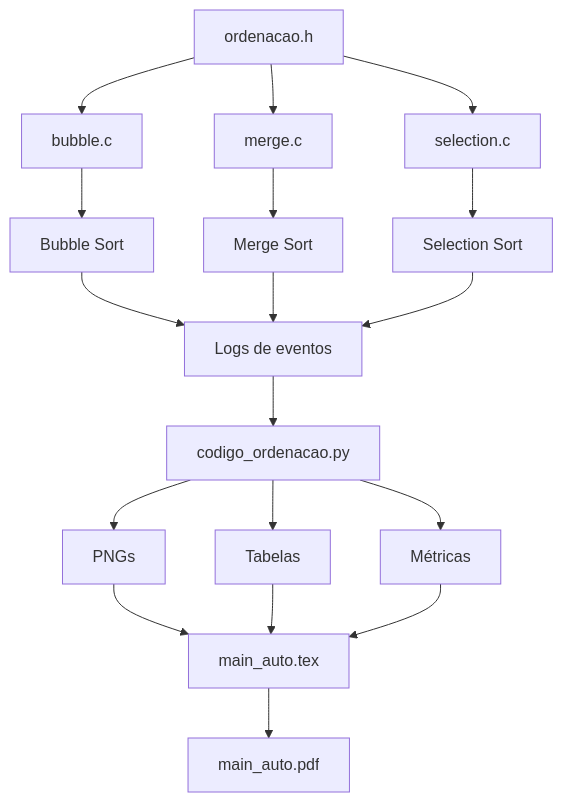
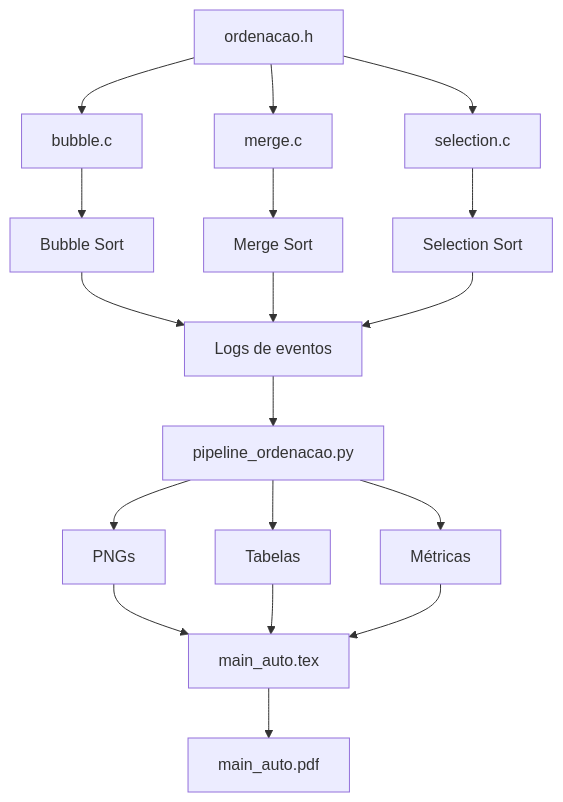
The fourth of 5 diagrams in seminario_metodos_ordenacao/README.md (LuisVCSilva/NF2_EDBD), drawn with Mermaid before and after one commit. The commit also changed other lines of this file and 3 other files, not shown here.

````diff
--- a/seminario_metodos_ordenacao/README.md
+++ b/seminario_metodos_ordenacao/README.md
@@ -953,28 +953,28 @@
 ```mermaid
 flowchart TD
     H["ordenacao.h"]
 
     H --> B["bubble.c"]
     H --> M["merge.c"]
     H --> S["selection.c"]
 
     B --> BS["Bubble Sort"]
     M --> MS["Merge Sort"]
     S --> SS["Selection Sort"]
 
     BS --> LOG["Logs de eventos"]
     MS --> LOG
     SS --> LOG
 
-    LOG --> PY["codigo_ordenacao.py"]
+    LOG --> PY["pipeline_ordenacao.py"]
 
     PY --> PNG["PNGs"]
     PY --> TAB["Tabelas"]
     PY --> MET["Métricas"]
 
     PNG --> TEX["main_auto.tex"]
     TAB --> TEX
     MET --> TEX
 
     TEX --> PDF["main_auto.pdf"]
 ```
````
